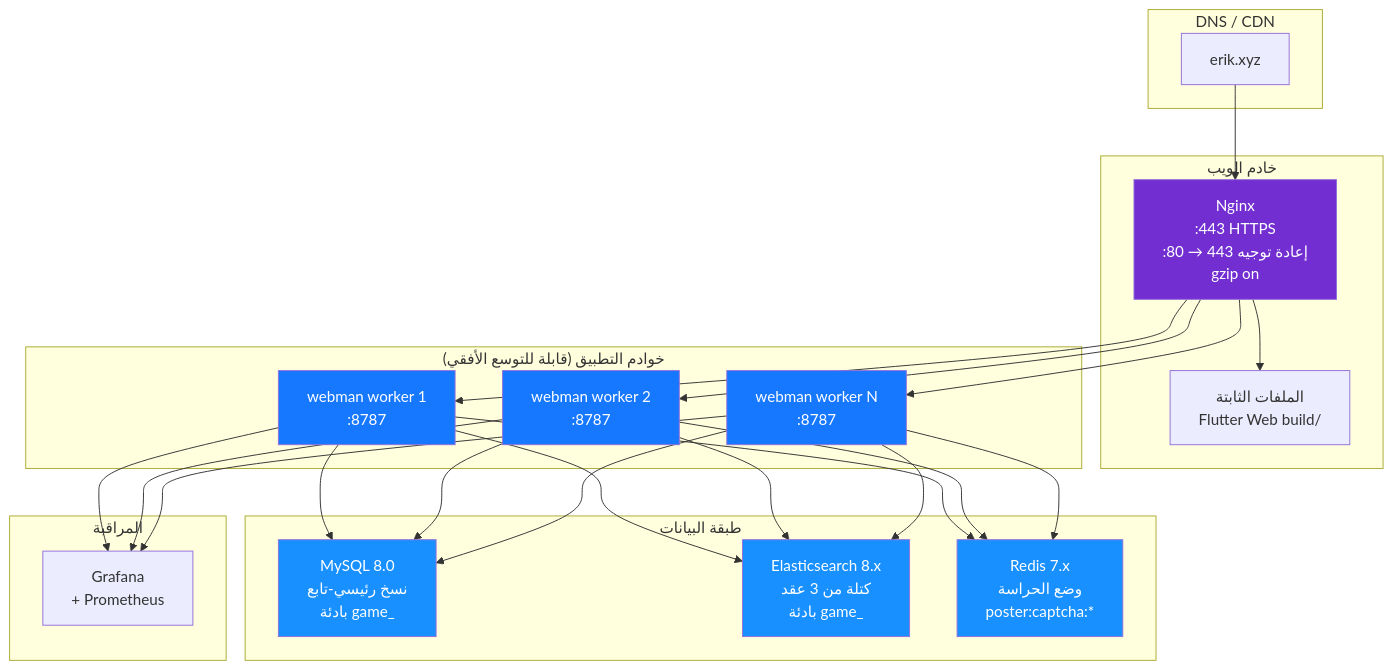
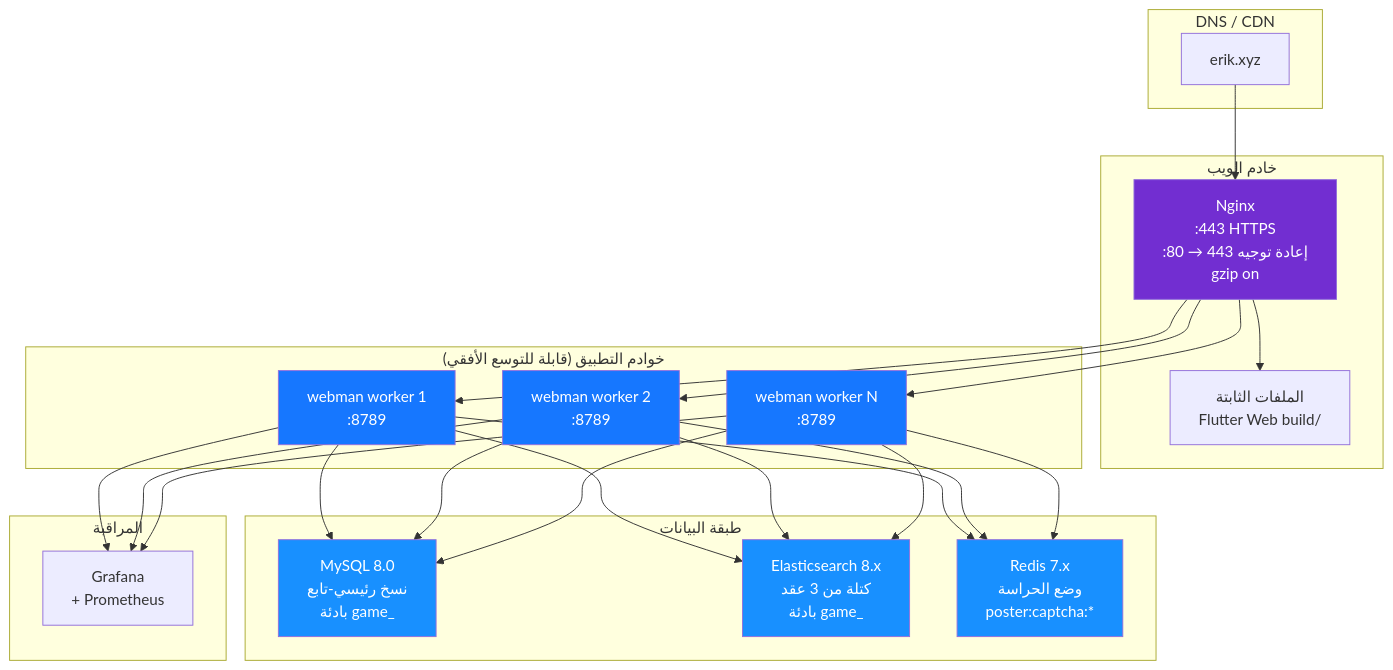
Before and after one commit to erikwang2013/game-platform-php: diagram 14 of 14 in admin/docs/ARCHITECTURE.ar.md, drawn with Mermaid. The commit also changed 265 other files, not shown here.

````diff
--- a/admin/docs/ARCHITECTURE.ar.md
+++ b/admin/docs/ARCHITECTURE.ar.md
@@ -647,43 +647,43 @@
 ```mermaid
 flowchart TB
     subgraph "DNS / CDN"
         DNS["erik.xyz"]
     end
 
     subgraph "خادم الويب"
         NGX["Nginx<br/>:443 HTTPS<br/>:80 → إعادة توجيه 443<br/>gzip on"]
         STA["الملفات الثابتة<br/>Flutter Web build/"]
     end
 
     subgraph "خوادم التطبيق (قابلة للتوسع الأفقي)"
-        WM1["webman worker 1<br/>:8787"]
-        WM2["webman worker 2<br/>:8787"]
-        WM3["webman worker N<br/>:8787"]
+        WM1["webman worker 1<br/>:8789"]
+        WM2["webman worker 2<br/>:8789"]
+        WM3["webman worker N<br/>:8789"]
     end
 
     subgraph "طبقة البيانات"
         MYSQL["MySQL 8.0<br/>نسخ رئيسي-تابع<br/>بادئة game_"]
         ES["Elasticsearch 8.x<br/>كتلة من 3 عقد<br/>بادئة game_"]
         REDIS["Redis 7.x<br/>وضع الحراسة<br/>poster:captcha:*"]
     end
 
     subgraph "المراقبة"
         MON["Grafana<br/>+ Prometheus"]
     end
 
     DNS --> NGX
     NGX --> STA
     NGX --> WM1 & WM2 & WM3
     WM1 & WM2 & WM3 --> MYSQL
     WM1 & WM2 & WM3 --> ES
     WM1 & WM2 & WM3 --> REDIS
     WM1 & WM2 & WM3 --> MON
 
     style NGX fill:#722ED1,color:#fff
     style WM1 fill:#1677FF,color:#fff
     style WM2 fill:#1677FF,color:#fff
     style WM3 fill:#1677FF,color:#fff
     style MYSQL fill:#1890FF,color:#fff
     style ES fill:#1890FF,color:#fff
     style REDIS fill:#1890FF,color:#fff
 ```
````
